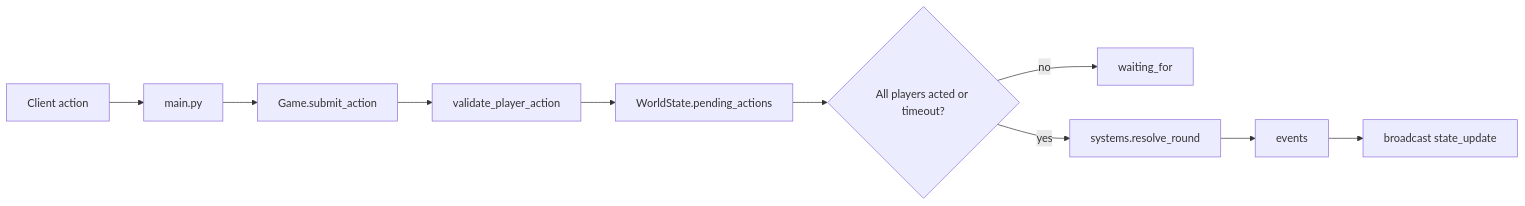
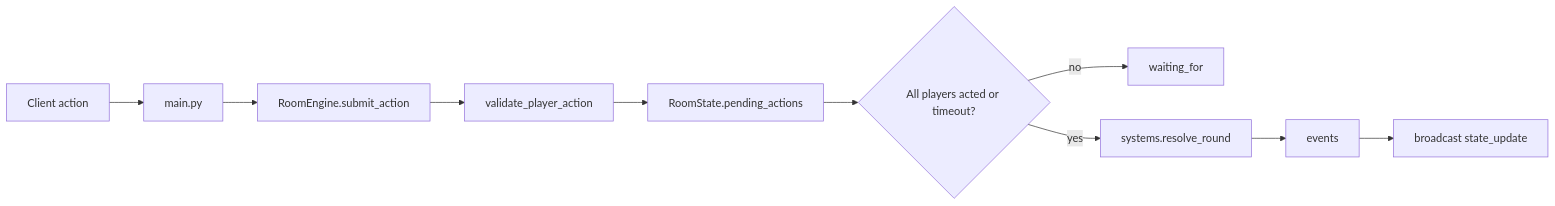
Before and after one commit to GoldenWind8/roguelike-mvp: the third of 6 diagrams in docs/ARCHITECTURE.md, drawn with Mermaid. The commit also changed other lines of this file and 29 other files, not shown here.

````diff
--- a/docs/ARCHITECTURE.md
+++ b/docs/ARCHITECTURE.md
@@ -104,12 +127,12 @@
 ```mermaid
 flowchart LR
     C["Client action"] --> M["main.py"]
-    M --> G["Game.submit_action"]
+    M --> G["RoomEngine.submit_action"]
     G --> V["validate_player_action"]
-    V --> P["WorldState.pending_actions"]
+    V --> P["RoomState.pending_actions"]
     P --> R{"All players acted or timeout?"}
     R -- "no" --> W["waiting_for"]
     R -- "yes" --> S["systems.resolve_round"]
     S --> E["events"]
     E --> B["broadcast state_update"]
 ```
````
